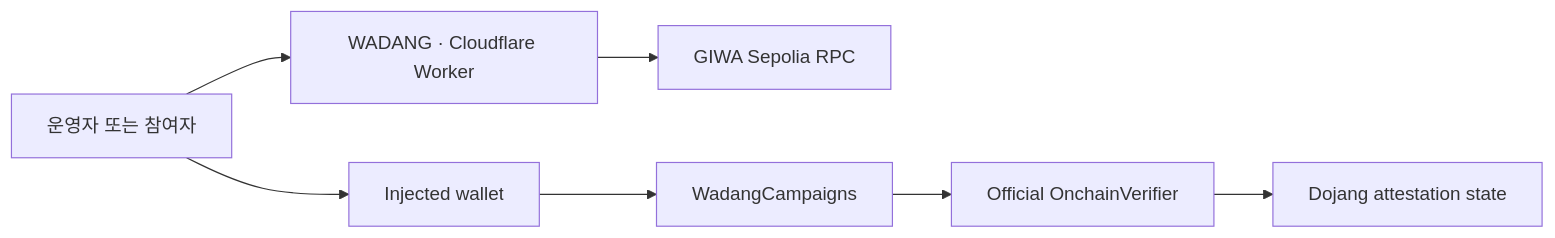
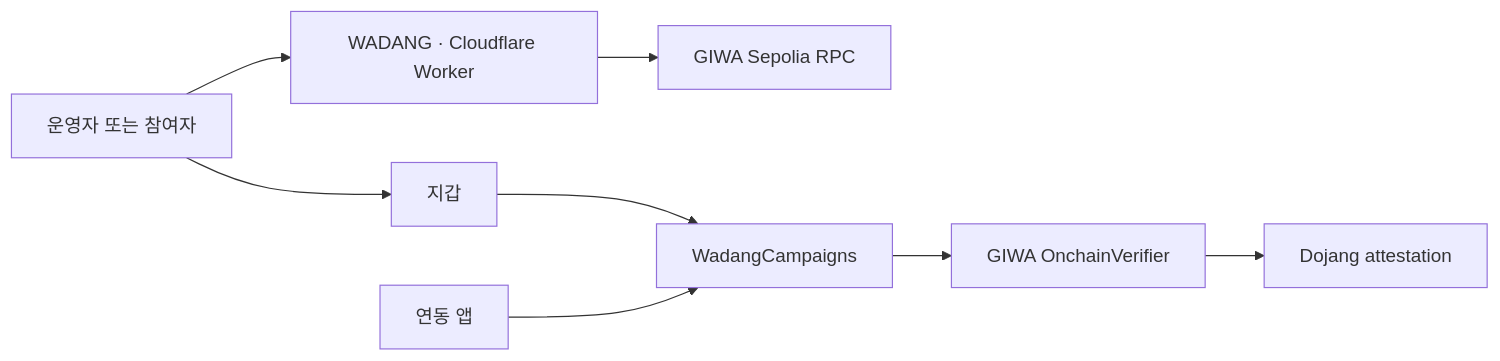
One commit to jeonsavvy/wadang changed the diagram in docs/specs/wadang-mvp.md. Above: the diagram before and after it, drawn with Mermaid. The commit also changed other lines of this file and 5 other files, not shown here.

````diff
--- a/docs/specs/wadang-mvp.md
+++ b/docs/specs/wadang-mvp.md
@@ -7,9 +7,10 @@
 ```mermaid
 flowchart LR
   U["운영자 또는 참여자"] --> A["WADANG · Cloudflare Worker"]
-  U --> W["Injected wallet"]
+  U --> W["지갑"]
   A --> R["GIWA Sepolia RPC"]
   W --> C["WadangCampaigns"]
-  C --> V["Official OnchainVerifier"]
-  V --> D["Dojang attestation state"]
+  C --> V["GIWA OnchainVerifier"]
+  V --> D["Dojang attestation"]
+  X["연동 앱"] --> C
 ```
````
